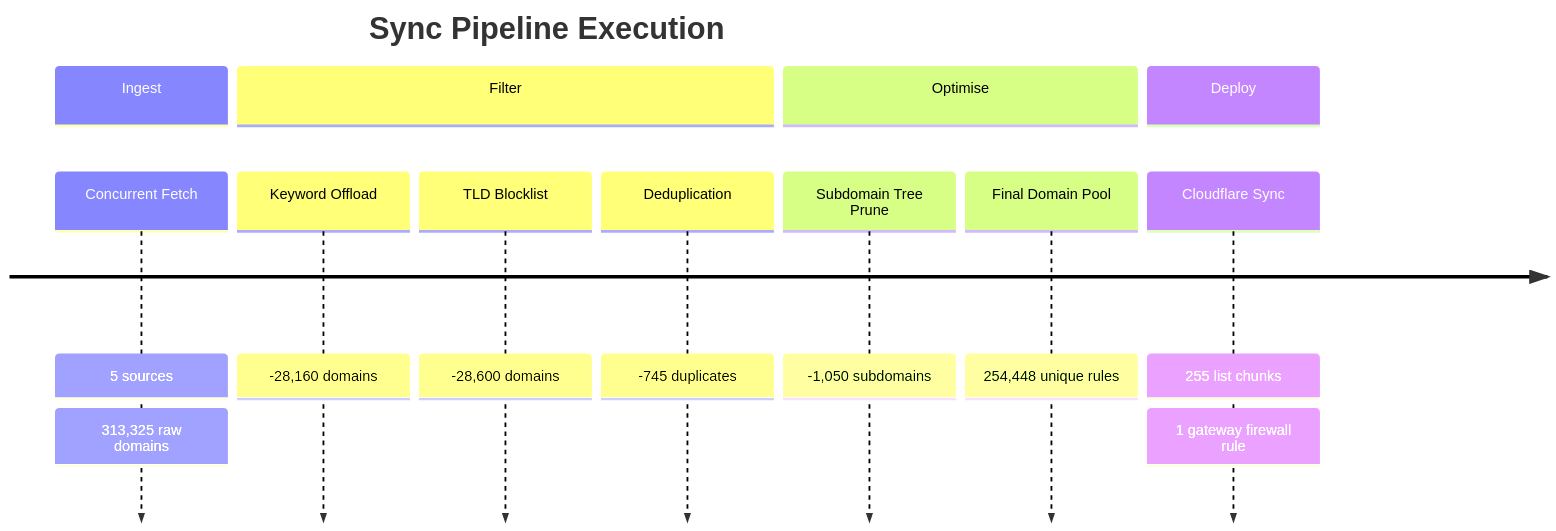
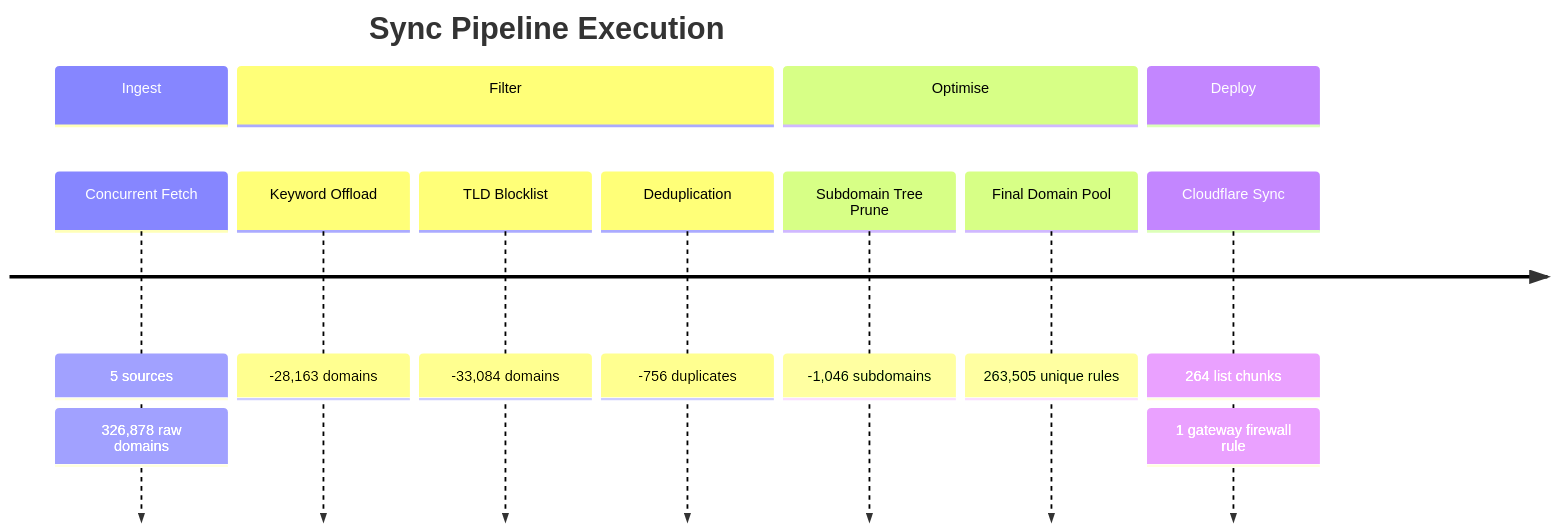
Before and after one commit to brojangles24/Cloudflare-ZeroTrust-AdBlock: the second of 6 diagrams in README_STATS.md, drawn with Mermaid. The commit also changed other lines of this file and 1 other file, not shown here.

````diff
--- a/README_STATS.md
+++ b/README_STATS.md
@@ -54,17 +54,17 @@
 ```mermaid
 timeline
     title Sync Pipeline Execution
     section Ingest
         Concurrent Fetch   : 5 sources
-                           : 313,325 raw domains
+                           : 326,878 raw domains
     section Filter
-        Keyword Offload    : -28,160 domains
-        TLD Blocklist      : -28,600 domains
-        Deduplication      : -745 duplicates
+        Keyword Offload    : -28,163 domains
+        TLD Blocklist      : -33,084 domains
+        Deduplication      : -756 duplicates
     section Optimise
-        Subdomain Tree Prune : -1,050 subdomains
-        Final Domain Pool    : 254,448 unique rules
+        Subdomain Tree Prune : -1,046 subdomains
+        Final Domain Pool    : 263,505 unique rules
     section Deploy
-        Cloudflare Sync    : 255 list chunks
+        Cloudflare Sync    : 264 list chunks
                            : 1 gateway firewall rule
 ```
````
